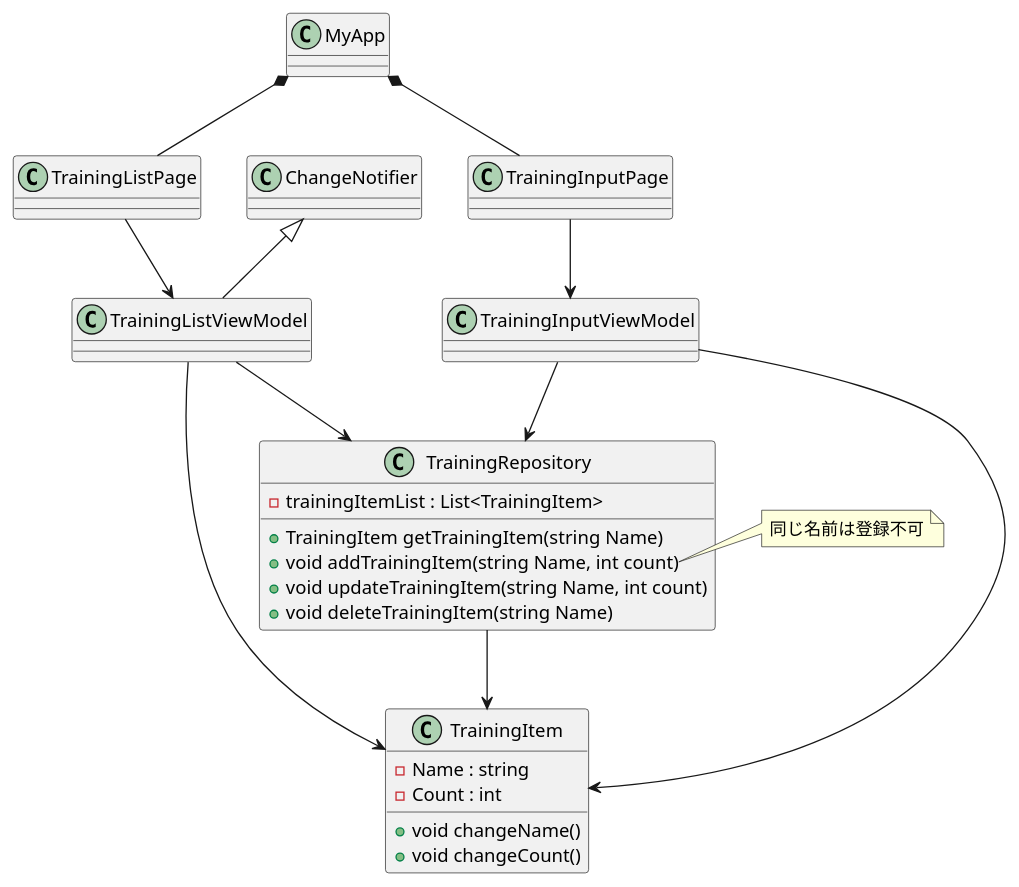
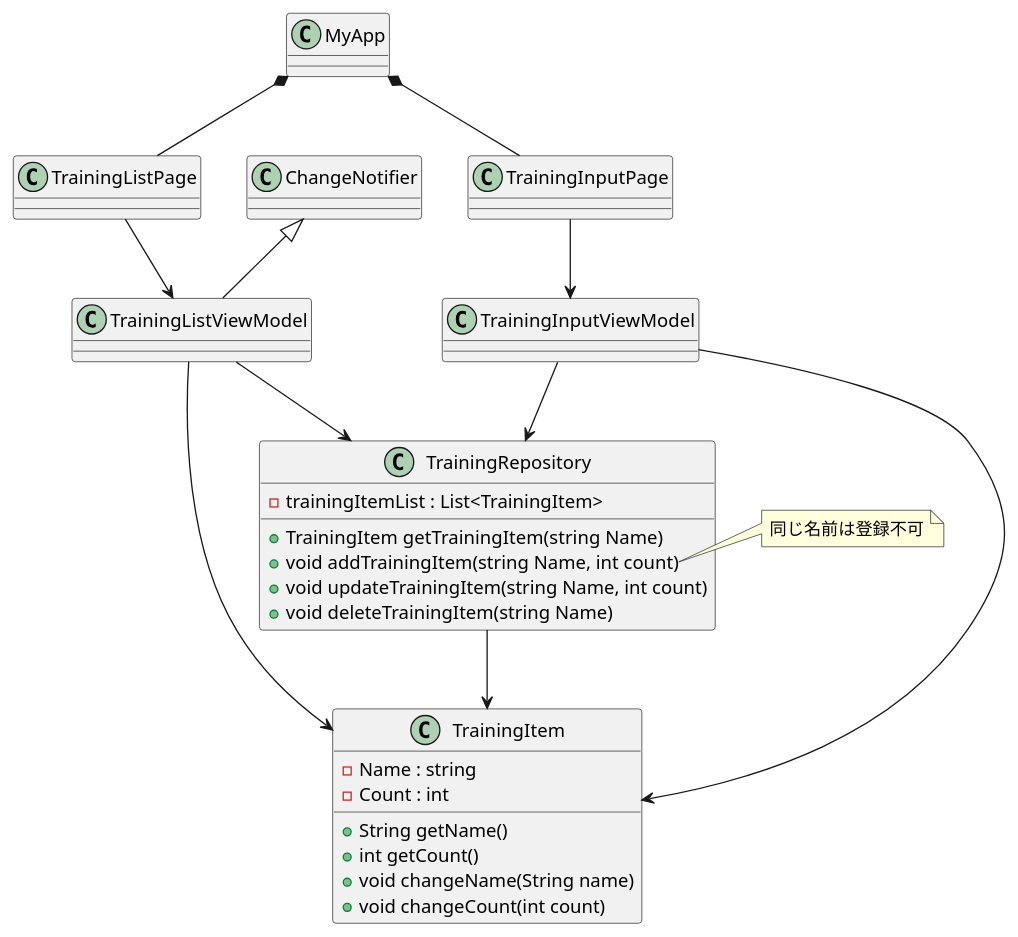
One commit to i-tanaka730/muscle_training_counter changed the diagram in doc/クラス設計.pu. Above: the diagram before and after it, drawn with PlantUML.

Commit message:
doc: クラス設計の更新。

```diff
--- a/doc/クラス設計.pu
+++ b/doc/クラス設計.pu
@@ -1,36 +1,38 @@
 @startuml
 
 
 MyApp *-- TrainingListPage
 MyApp *-- TrainingInputPage
 
 TrainingListPage  -->  TrainingListViewModel
 TrainingInputPage  -->  TrainingInputViewModel
 
 TrainingListViewModel --> TrainingRepository
 TrainingInputViewModel --> TrainingRepository
 ChangeNotifier <|-- TrainingListViewModel
 
 TrainingListViewModel --> TrainingItem
 TrainingInputViewModel --> TrainingItem
 TrainingRepository --> TrainingItem
 
 class TrainingRepository {
   - trainingItemList : List<TrainingItem>
   + TrainingItem getTrainingItem(string Name)
   + void addTrainingItem(string Name, int count)
   + void updateTrainingItem(string Name, int count)
   + void deleteTrainingItem(string Name)
 }
 note right of TrainingRepository::addTrainingItem
   同じ名前は登録不可
 end note
 
 class TrainingItem {
   - Name : string
   - Count : int
-  + void changeName()
-  + void changeCount()
+  + String getName()
+  + int getCount()
+  + void changeName(String name)
+  + void changeCount(int count)
 }
 
 @enduml
```
